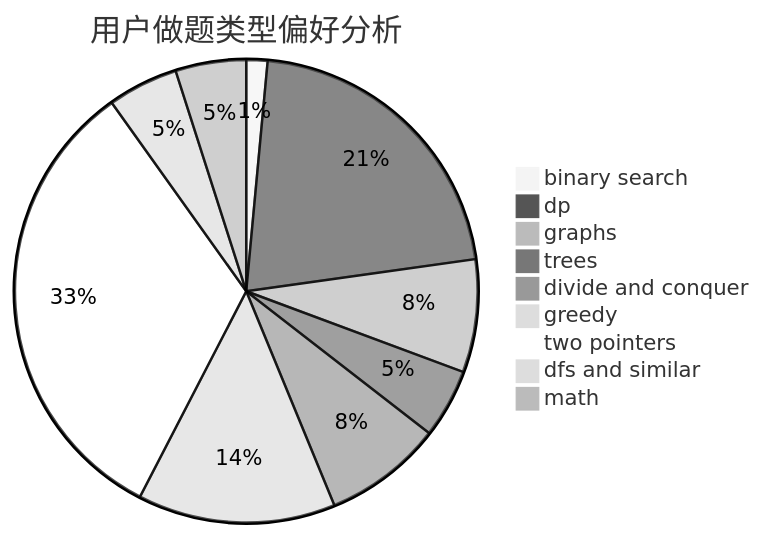
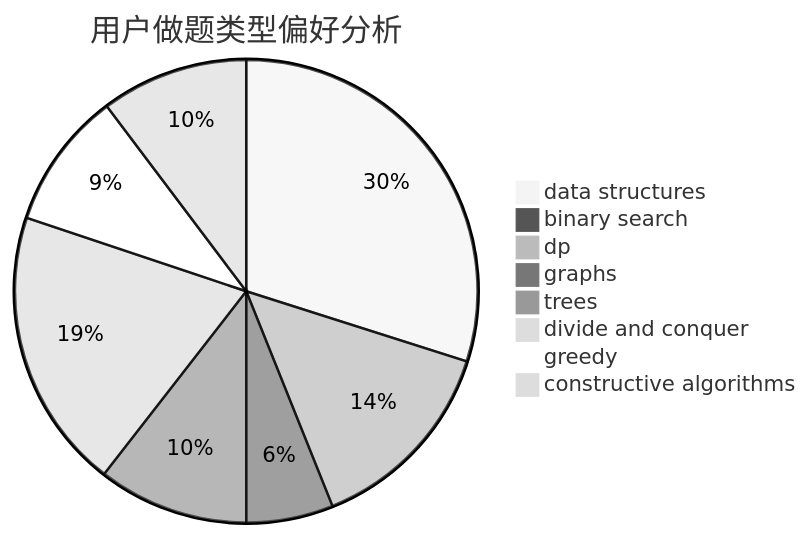
Before and after one commit to sherpahu/cfrs.github.io: the second of 3 diagrams in docs/user/u985.md, drawn with Mermaid (neutral theme). The commit also changed other lines of this file and 2775 other files, not shown here.

````diff
--- a/docs/user/u985.md
+++ b/docs/user/u985.md
@@ -23,12 +23,11 @@
 ```mermaid
 pie title 用户做题类型偏好分析
-    "binary search" :  15
-    "dp" :  216
-    "graphs" :  80
-    "trees" :  49
+    "data structures" :  128
+    "binary search" :  4
+    "dp" :  60
+    "graphs" :  26
+    "trees" :  45
     "divide and conquer" :  84
-    "greedy" :  140
-    "two pointers" :  330
-    "dfs and similar" :  50
-    "math" :  50
+    "greedy" :  41
+    "constructive algorithms" :  44
 ```
````
